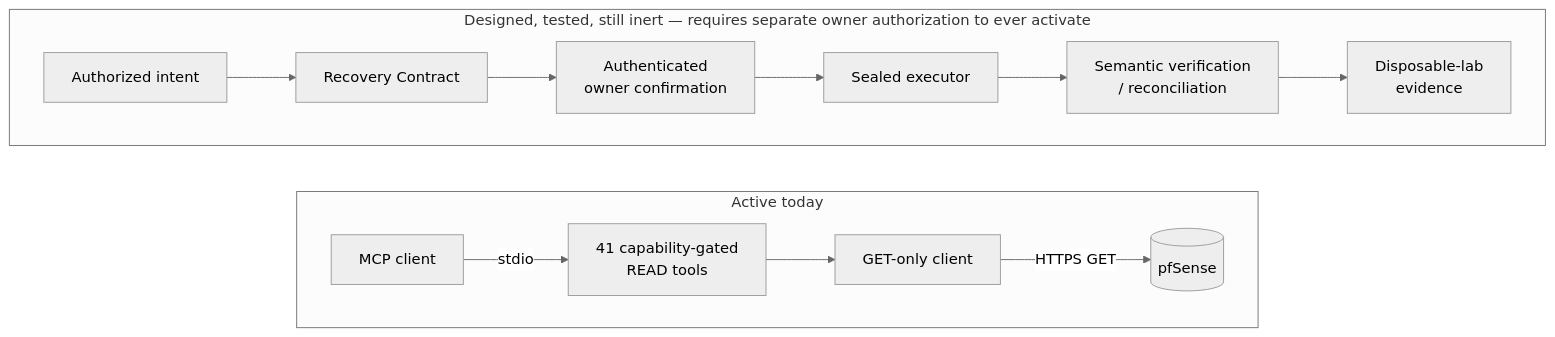
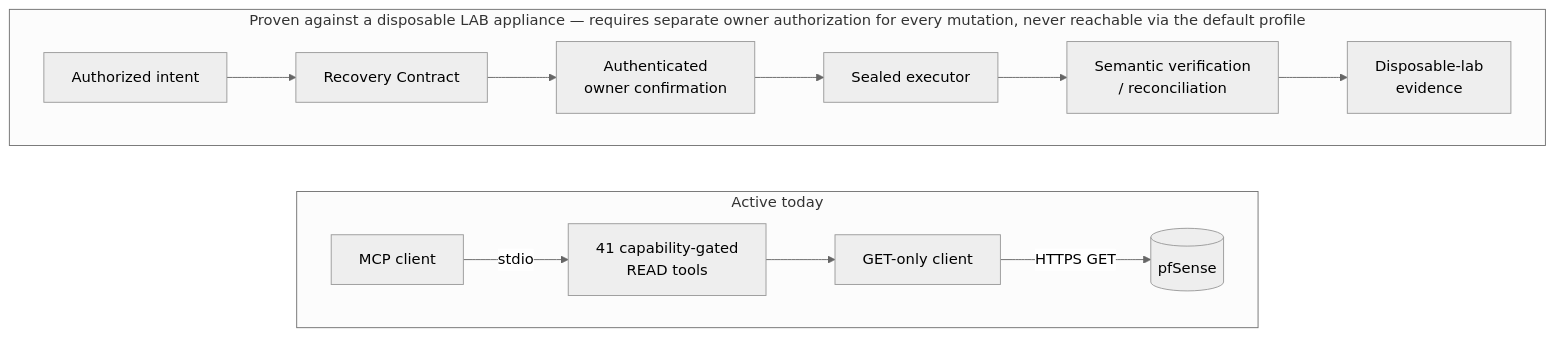
Before and after one commit to night4me/pfsense-mcp-server: the diagram in README.md, drawn with Mermaid (neutral theme). The commit also changed other lines of this file and 2 other files, not shown here.

````diff
--- a/README.md
+++ b/README.md
@@ -121,18 +131,18 @@
 ```mermaid
 flowchart LR
     subgraph today["Active today"]
         direction LR
         A1[MCP client] -->|stdio| A2[41 capability-gated<br/>READ tools]
         A2 --> A3[GET-only client]
         A3 -->|HTTPS GET| A4[(pfSense)]
     end
 
-    subgraph future["Designed, tested, still inert — requires separate owner authorization to ever activate"]
+    subgraph future["Proven against a disposable LAB appliance — requires separate owner authorization for every mutation, never reachable via the default profile"]
         direction LR
         B1[Authorized intent] --> B2[Recovery Contract]
         B2 --> B3[Authenticated<br/>owner confirmation]
         B3 --> B4[Sealed executor]
         B4 --> B5[Semantic verification<br/>/ reconciliation]
         B5 --> B6[Disposable-lab<br/>evidence]
     end
 ```
````
